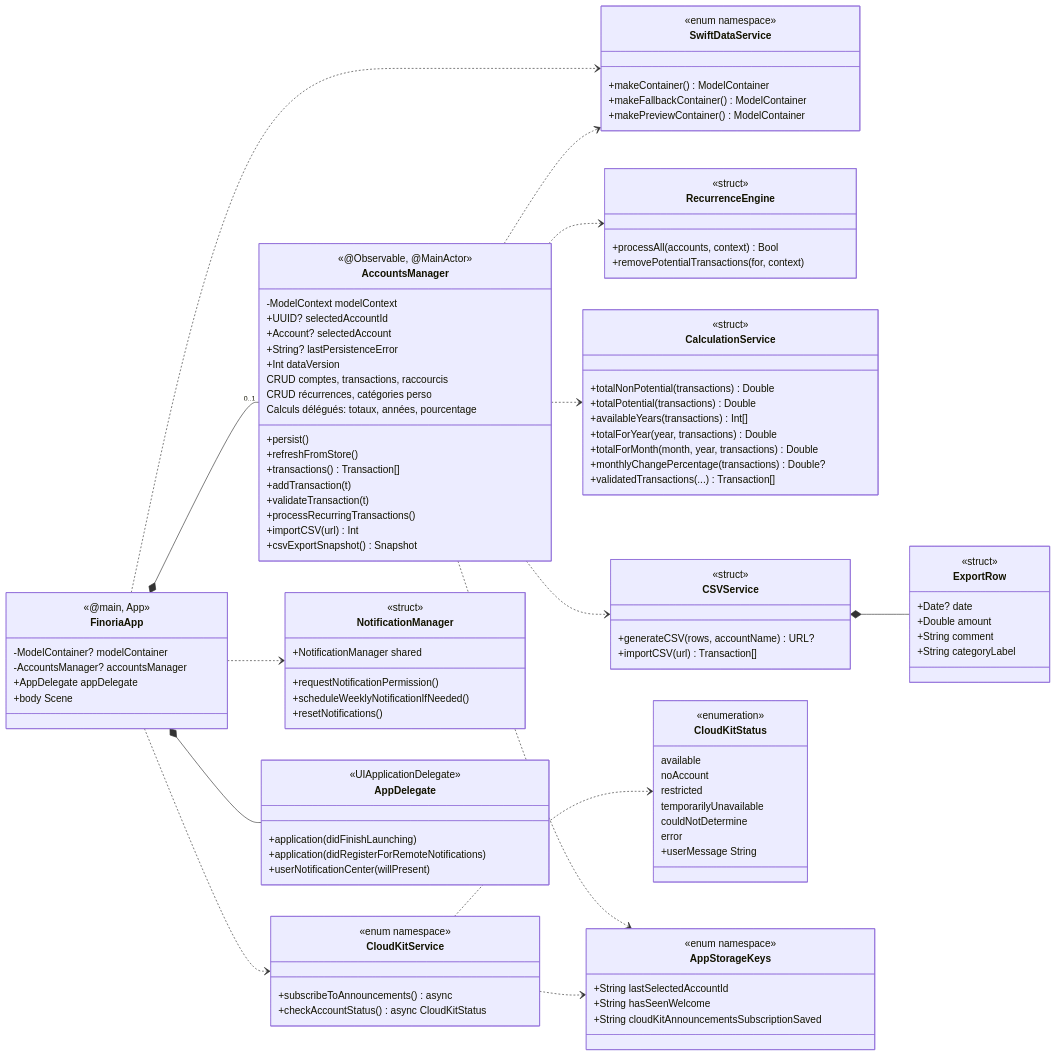
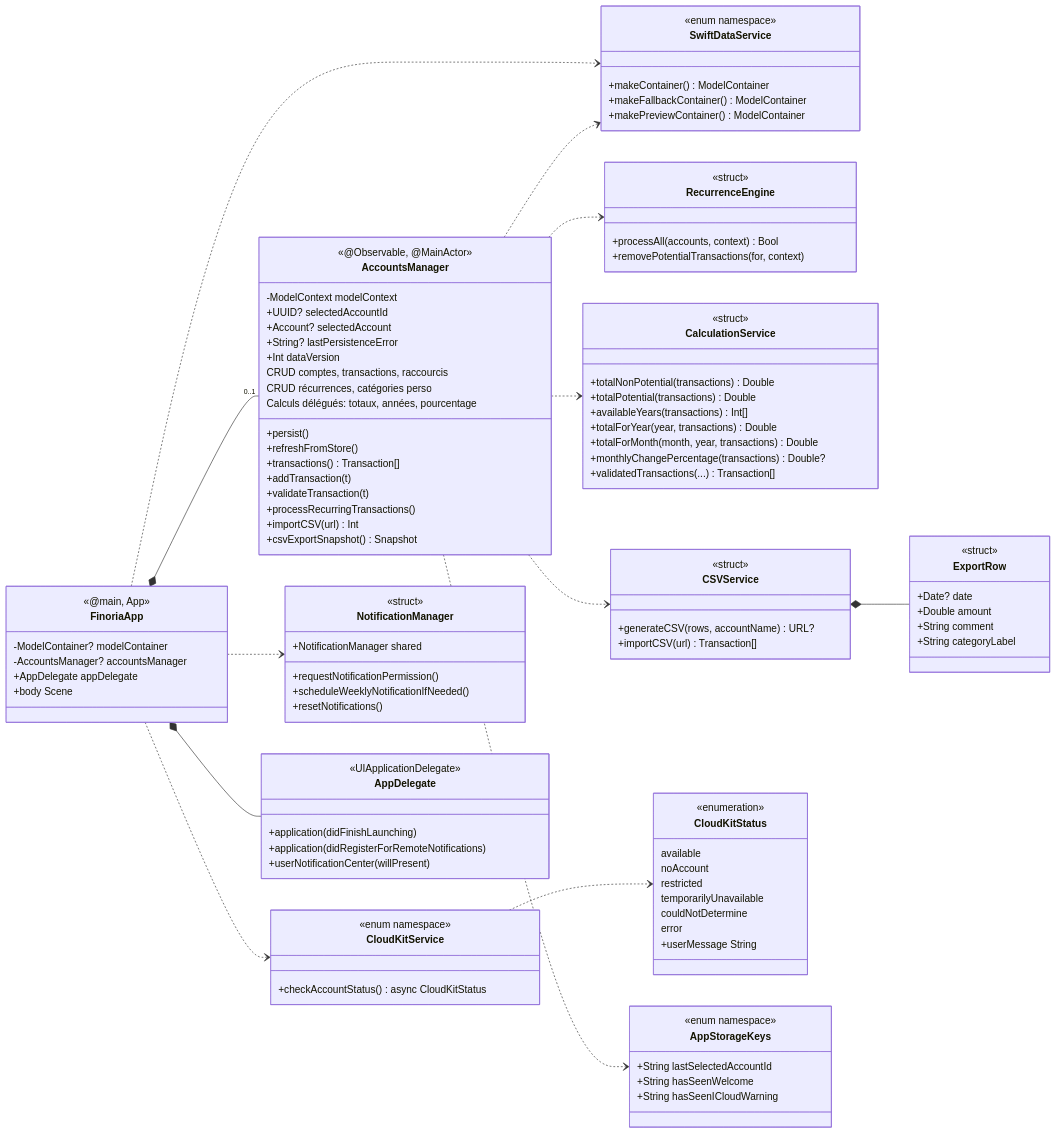
One commit to godefroy-reynaud/Finoria-iOS changed the second of 3 diagrams in CLASS_DIAGRAM.md. Above: the diagram before and after it, drawn with Mermaid. The commit also changed other lines of this file and 4 other files, not shown here.

First line of the commit message:
docs: sync architecture docs with current app and add data-evolution caveats

````diff
--- a/CLASS_DIAGRAM.md
+++ b/CLASS_DIAGRAM.md
@@ -198,7 +202,6 @@
 
     class CloudKitService {
         <<enum namespace>>
-        +subscribeToAnnouncements() async
         +checkAccountStatus() async CloudKitStatus
     }
 
@@ -225,7 +228,7 @@
         <<enum namespace>>
         +String lastSelectedAccountId
         +String hasSeenWelcome
-        +String cloudKitAnnouncementsSubscriptionSaved
+        +String hasSeenICloudWarning
     }
 
     class FinoriaApp {
@@ -257,5 +260,4 @@
 
     CSVService *-- ExportRow
     CloudKitService ..> CloudKitStatus
-    CloudKitService ..> AppStorageKeys
 ```
````
